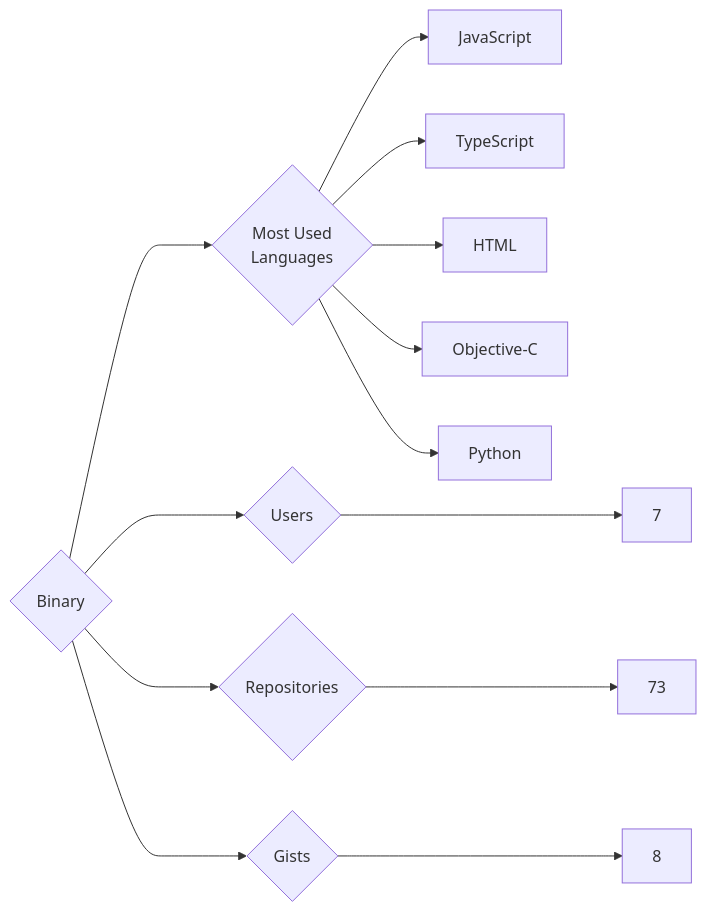
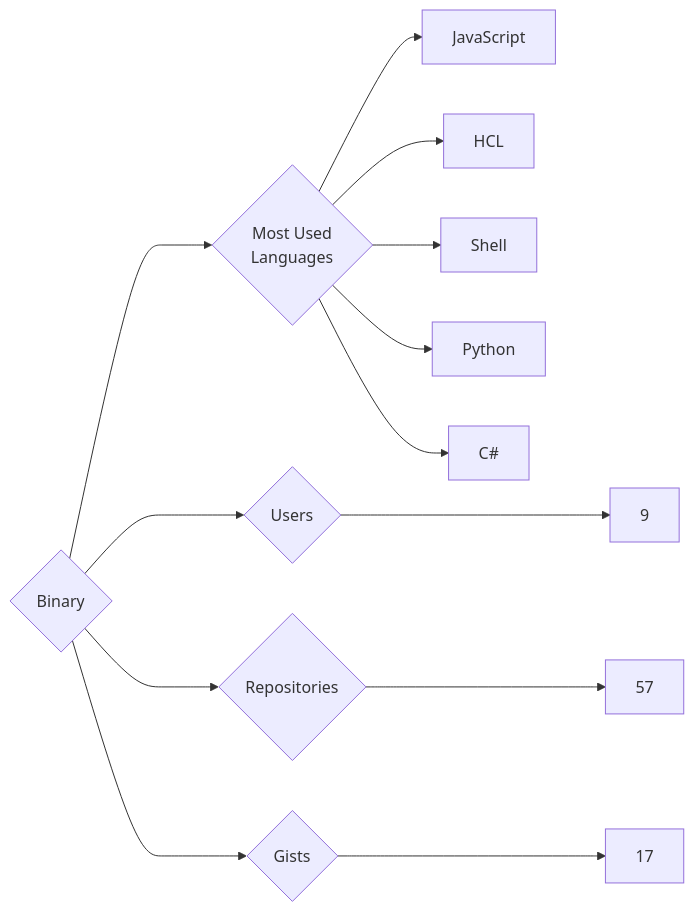
One commit to trickest/insiders changed the diagram in targets/Binary/README.md. Above: the diagram before and after it, drawn with Mermaid. The commit also changed 1141 other files, not shown here.

````diff
--- a/targets/Binary/README.md
+++ b/targets/Binary/README.md
@@ -3,13 +3,13 @@
 ```mermaid
 graph LR
 COMPANY_NAME{Binary}
-COMPANY_NAME ---> U{Users} ---> UN[7]
-COMPANY_NAME ---> R{Repositories} ---> RN[73]
-COMPANY_NAME ---> G{Gists} ---> GN[8]
+COMPANY_NAME ---> U{Users} ---> UN[9]
+COMPANY_NAME ---> R{Repositories} ---> RN[57]
+COMPANY_NAME ---> G{Gists} ---> GN[17]
 COMPANY_NAME ---> ML{Most Used<br>Languages}
 ML --> JavaScript[JavaScript]
-ML --> TypeScript[TypeScript]
-ML --> HTML[HTML]
-ML --> Objective-C[Objective-C]
+ML --> HCL[HCL]
+ML --> Shell[Shell]
 ML --> Python[Python]
+ML --> C#[C#]
 ```
````
